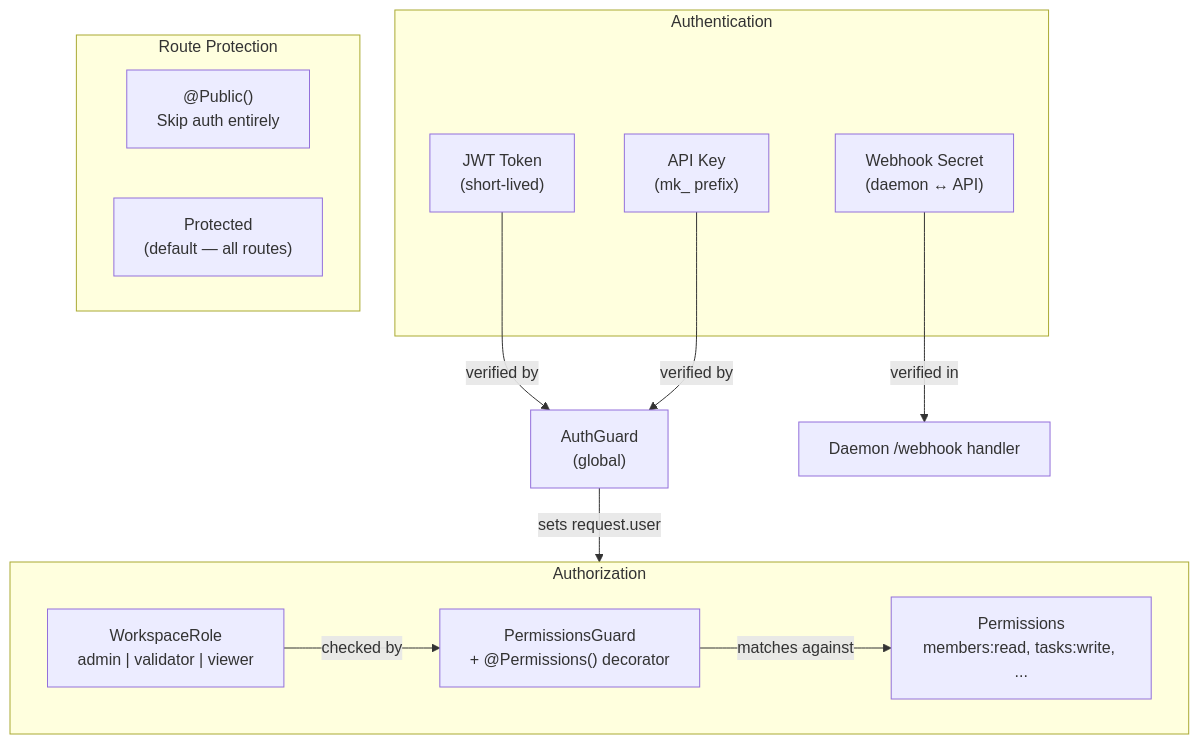
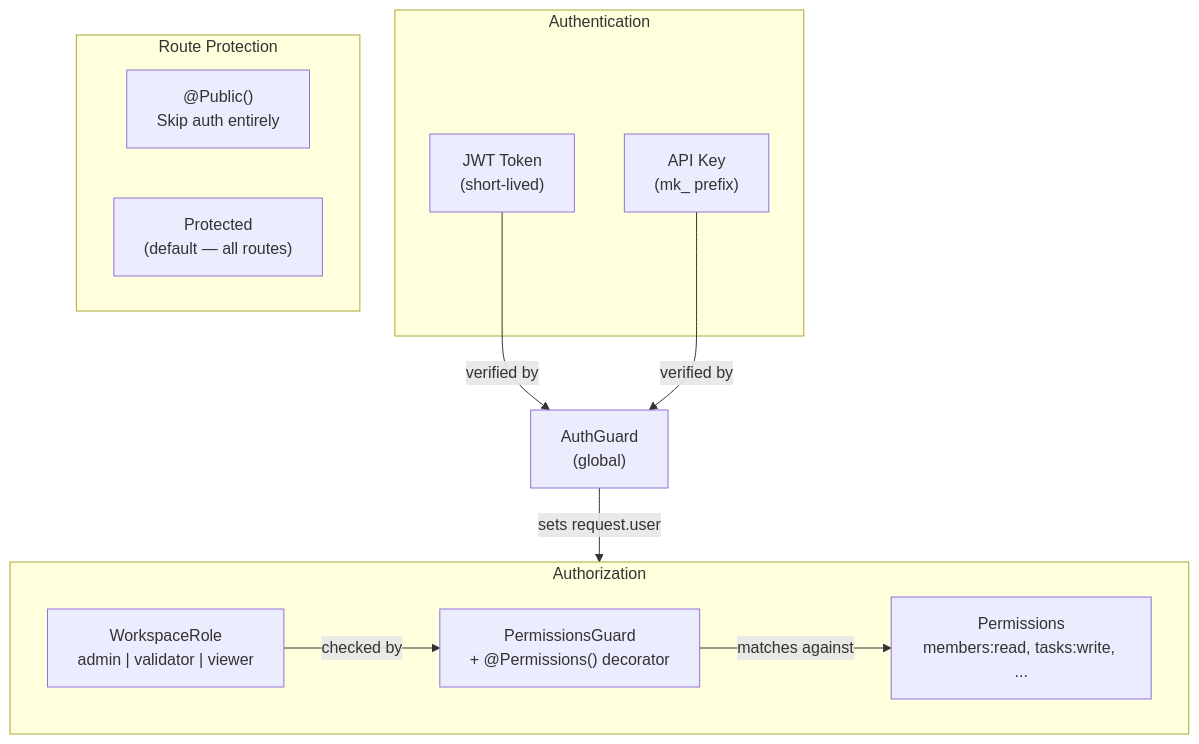
The seventh of 7 diagrams in docs/architecture/overview.md (pde-rent/monokeros), drawn with Mermaid before and after one commit. The commit also changed other lines of this file and 31 other files, not shown here.

````diff
--- a/docs/architecture/overview.md
+++ b/docs/architecture/overview.md
@@ -333,26 +303,24 @@
 ```mermaid
 graph TB
     subgraph Auth["Authentication"]
         JWT["JWT Token<br/>(short-lived)"]
         APIKey["API Key<br/>(mk_ prefix)"]
-        WHS["Webhook Secret<br/>(daemon ↔ API)"]
     end
 
     subgraph RBAC["Authorization"]
         WR["WorkspaceRole<br/>admin | validator | viewer"]
         PERM["Permissions<br/>members:read, tasks:write, ..."]
         PG["PermissionsGuard<br/>+ @Permissions() decorator"]
     end
 
     subgraph Decorators["Route Protection"]
         PUB["@Public()<br/>Skip auth entirely"]
         PRO["Protected<br/>(default — all routes)"]
     end
 
     JWT & APIKey -->|verified by| AG["AuthGuard<br/>(global)"]
     AG -->|sets request.user| RBAC
     WR -->|checked by| PG
     PG -->|matches against| PERM
-    WHS -->|verified in| DH["Daemon /webhook handler"]
 
 ```
````
